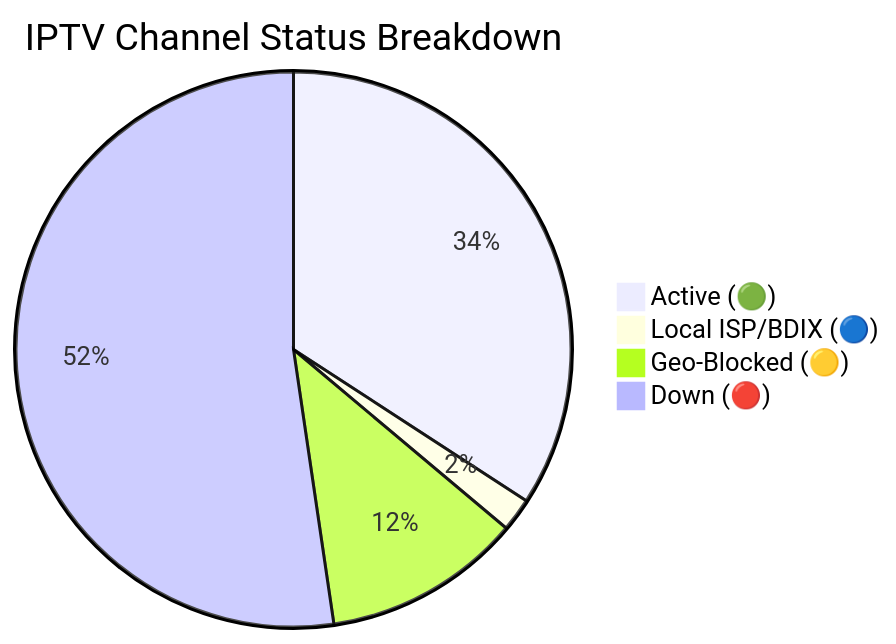
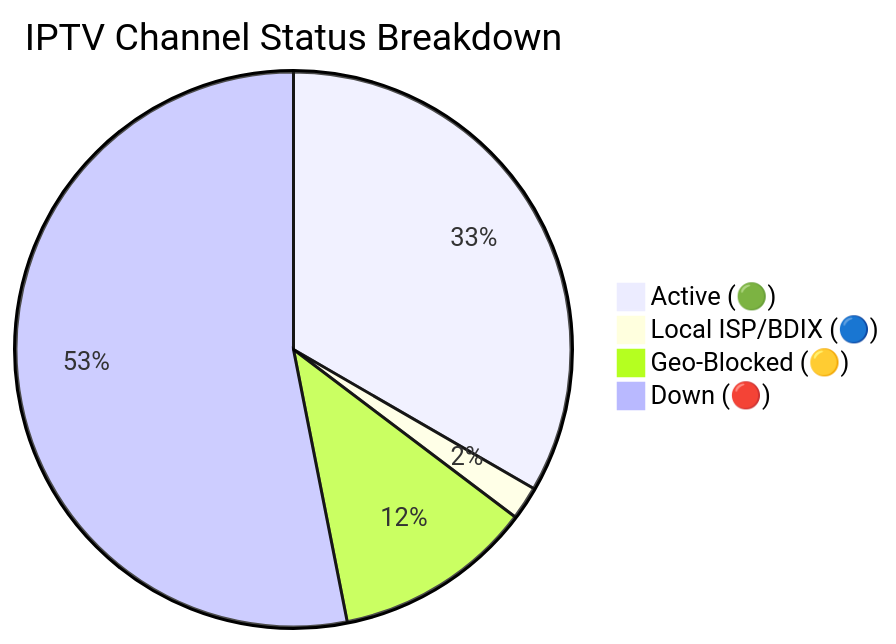
The diagram in README.md (andreataylord/Ip-tv-Collection), drawn with Mermaid before and after one commit. The commit also changed other lines of this file and 1 other file, not shown here.

Commit message:
docs(readme): auto-update daily channel status chart

````diff
--- a/README.md
+++ b/README.md
@@ -59,7 +59,7 @@
 ```mermaid
 pie title IPTV Channel Status Breakdown
-    "Active (🟢)" : 2248
+    "Active (🟢)" : 2194
     "Local ISP/BDIX (🔵)" : 128
-    "Geo-Blocked (🟡)" : 760
-    "Down (🔴)" : 3442
+    "Geo-Blocked (🟡)" : 763
+    "Down (🔴)" : 3493
 ```
````
